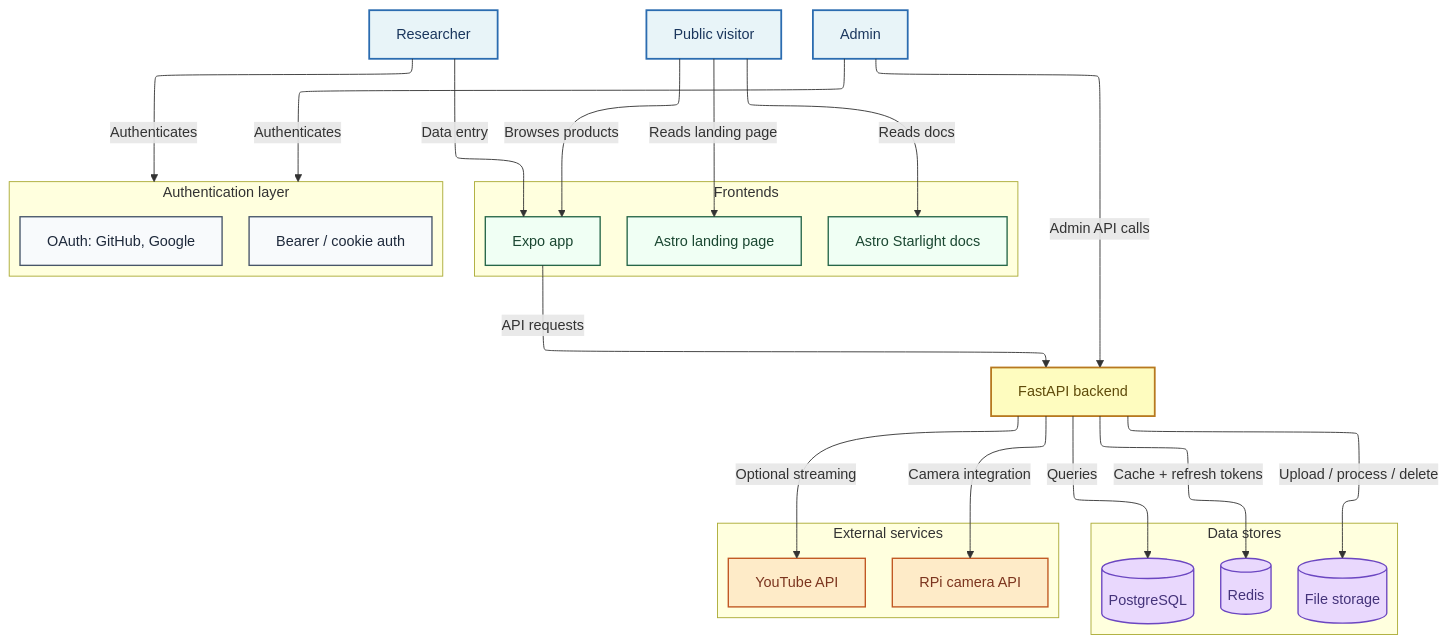
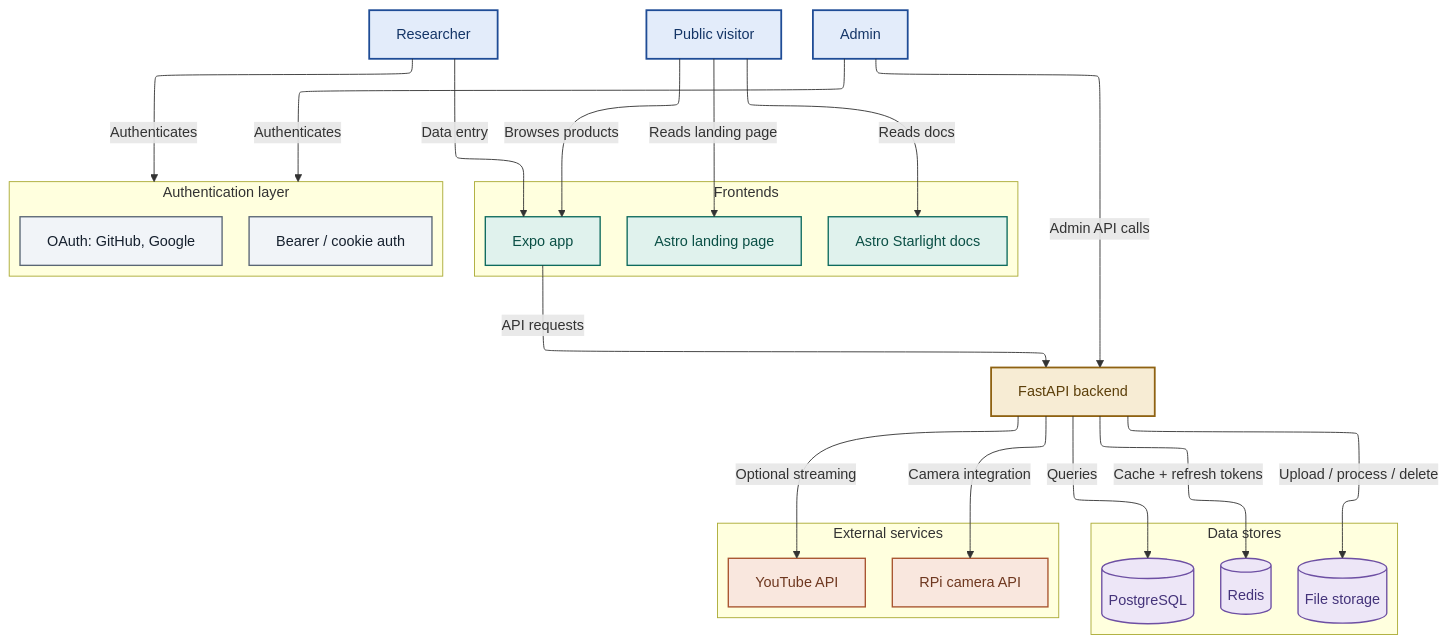
Before and after one commit to CMLPlatform/relab: the diagram in docs/src/content/docs/architecture/system-design.mdx, drawn with Mermaid. The commit also changed 2 other files, not shown here.

Commit message:
feat(docs): move architecture diagrams to the brand categorical ramp

````diff
--- a/docs/src/content/docs/architecture/system-design.mdx
+++ b/docs/src/content/docs/architecture/system-design.mdx
@@ -10,64 +10,65 @@
 ```mermaid
 ---
 config:
     layout: elk
     elk:
         nodePlacementStrategy: NETWORK_SIMPLEX
 ---
 
 graph TD
     Researcher["Researcher"] -->|Data entry| FrontendApp
     PublicUser["Public visitor"] -->|Browses products| FrontendApp
     PublicUser -->|Reads landing page| FrontendWeb
     PublicUser -->|Reads docs| Docs
     Admin["Admin"] -->|Admin API calls| Backend
 
     subgraph Frontends ["Frontends"]
         FrontendApp["Expo app"]
         FrontendWeb["Astro landing page"]
         Docs["Astro Starlight docs"]
     end
 
     FrontendApp -->|API requests| Backend
     Backend["FastAPI backend"]
 
     subgraph DataStores ["Data stores"]
         Redis[("Redis")]
         PostgreSQL[("PostgreSQL")]
         FileStorage[("File storage")]
     end
 
     Backend -->|Cache + refresh tokens| Redis
     Backend -->|Queries| PostgreSQL
     Backend -->|Upload / process / delete| FileStorage
 
     subgraph Auth ["Authentication layer"]
         OAuthProviders["OAuth: GitHub, Google"]
         AuthSystem["Bearer / cookie auth"]
     end
 
     Researcher -->|Authenticates| Auth
     Admin -->|Authenticates| Auth
 
     subgraph External ["External services"]
         RaspberryPi["RPi camera API"]
         YouTube["YouTube API"]
     end
 
     Backend -->|Camera integration| RaspberryPi
     Backend -->|Optional streaming| YouTube
 
-    classDef actor fill:#e8f4f8,stroke:#2b6cb0,stroke-width:2px,color:#1a365d
-    classDef frontend fill:#f0fff4,stroke:#276749,stroke-width:1.5px,color:#1a4731
-    classDef backend fill:#fefcbf,stroke:#b7791f,stroke-width:2px,color:#5f4b0a
-    classDef datastore fill:#e9d8fd,stroke:#6b46c1,stroke-width:1.5px,color:#44337a
-    classDef auth fill:#f8fafc,stroke:#475569,stroke-width:1.5px,color:#1e293b
-    classDef external fill:#feebc8,stroke:#c05621,stroke-width:1.5px,color:#7b341e
+    %% Diagram palette from assets/DESIGN.md (categorical ramp)
+    classDef actor fill:#e3ecfa,stroke:#1f4c96,stroke-width:2px,color:#143567
+    classDef frontend fill:#e0f2ed,stroke:#0e6b5e,stroke-width:1.5px,color:#0a4f45
+    classDef backend fill:#f7ecd4,stroke:#8f6212,stroke-width:2px,color:#5c3f0a
+    classDef datastore fill:#ede6f7,stroke:#6d4fa3,stroke-width:1.5px,color:#44337a
+    classDef auth fill:#f1f4f8,stroke:#5a6675,stroke-width:1.5px,color:#16202e
+    classDef external fill:#f9e7de,stroke:#a8542f,stroke-width:1.5px,color:#6e371f
 
     class Researcher,PublicUser,Admin actor
     class FrontendApp,FrontendWeb,Docs frontend
     class Backend backend
     class Redis,PostgreSQL,FileStorage datastore
     class OAuthProviders,AuthSystem auth
     class RaspberryPi,YouTube external
 ```
````
